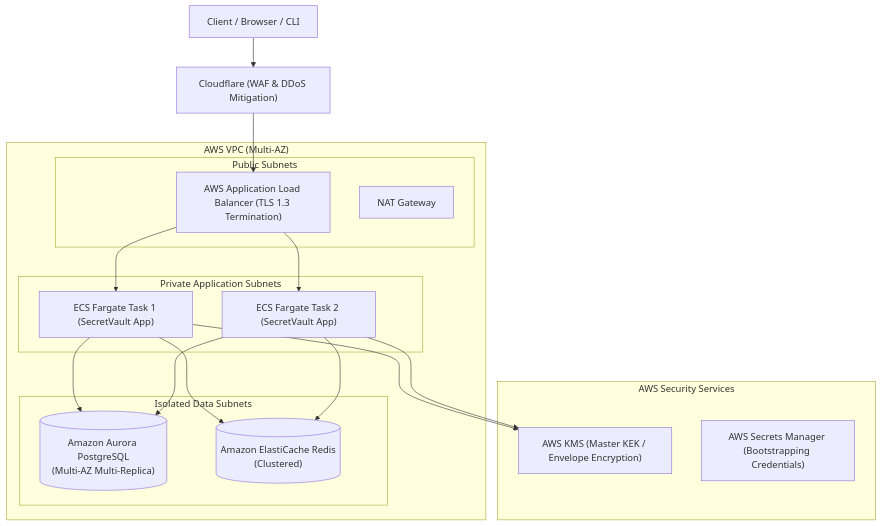
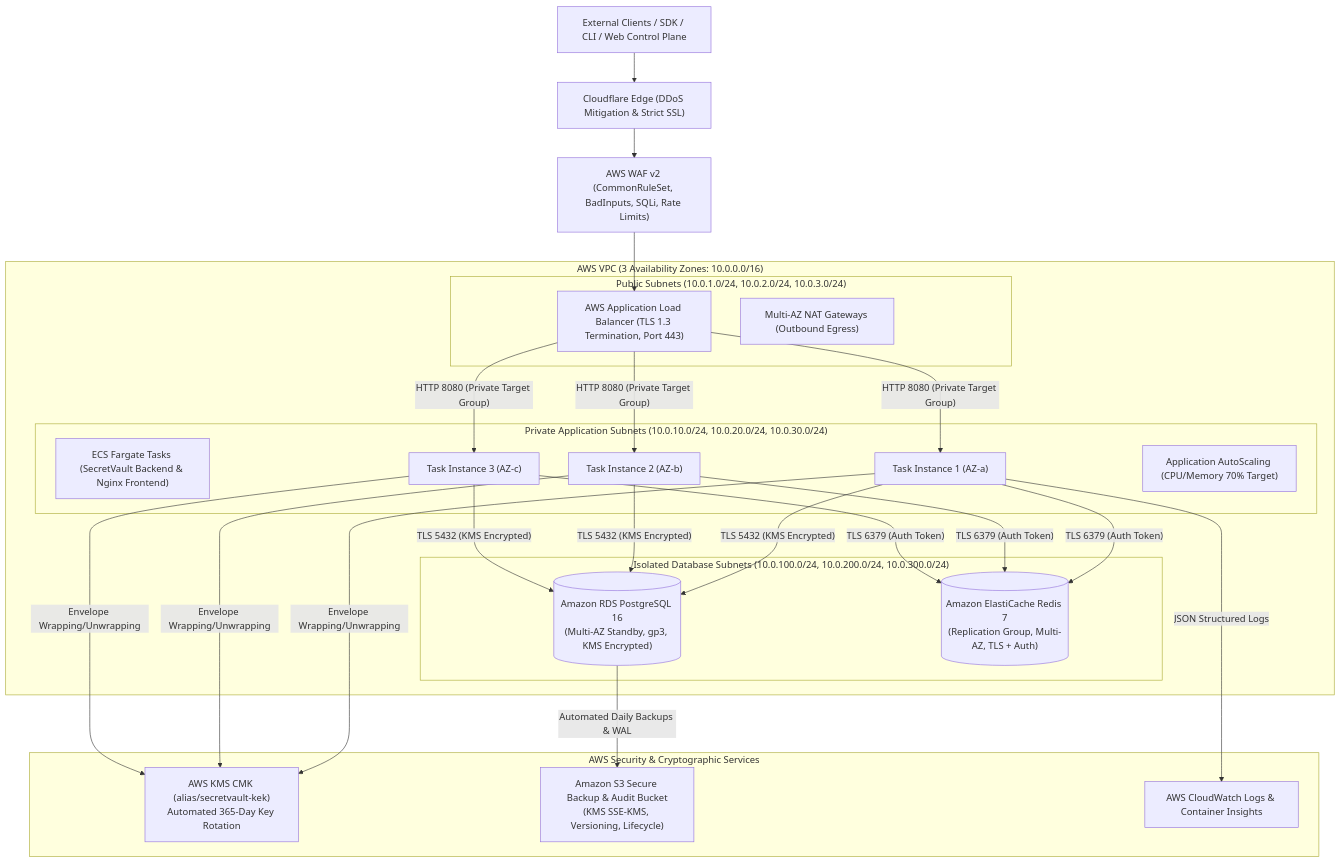
The diagram in docs/DEPLOYMENT.md (Hrushi4151/SecretVault), drawn with Mermaid before and after one commit. The commit also changed other lines of this file and 67 other files, not shown here.

````diff
--- a/docs/DEPLOYMENT.md
+++ b/docs/DEPLOYMENT.md
@@ -22,36 +29,51 @@
 ```mermaid
 graph TB
-    Client["Client / Browser / CLI"] --> Cloudflare["Cloudflare (WAF & DDoS Mitigation)"]
-    Cloudflare --> ALB["AWS Application Load Balancer (TLS 1.3 Termination)"]
+    InternetUsers["External Clients / SDK / CLI / Web Control Plane"] --> CloudflareEdge["Cloudflare Edge (DDoS Mitigation & Strict SSL)"]
+    CloudflareEdge --> AWSWAF["AWS WAF v2 (CommonRuleSet, BadInputs, SQLi, Rate Limits)"]
+    AWSWAF --> ALB["AWS Application Load Balancer (TLS 1.3 Termination, Port 443)"]
     
-    subgraph VPC["AWS VPC (Multi-AZ)"]
-        subgraph PublicSubnet["Public Subnets"]
+    subgraph AWSVPC["AWS VPC (3 Availability Zones: 10.0.0.0/16)"]
+        subgraph PublicSubnets["Public Subnets (10.0.1.0/24, 10.0.2.0/24, 10.0.3.0/24)"]
             ALB
-            NAT["NAT Gateway"]
+            NATGateways["Multi-AZ NAT Gateways (Outbound Egress)"]
         end
 
-        subgraph AppSubnet["Private Application Subnets"]
-            ECS1["ECS Fargate Task 1 (SecretVault App)"]
-            ECS2["ECS Fargate Task 2 (SecretVault App)"]
+        subgraph PrivateAppSubnets["Private Application Subnets (10.0.10.0/24, 10.0.20.0/24, 10.0.30.0/24)"]
+            ECS_Service["ECS Fargate Tasks (SecretVault Backend & Nginx Frontend)"]
+            ECS_Task1["Task Instance 1 (AZ-a)"]
+            ECS_Task2["Task Instance 2 (AZ-b)"]
+            ECS_Task3["Task Instance 3 (AZ-c)"]
+            AutoScaler["Application AutoScaling (CPU/Memory 70% Target)"]
         end
 
-        subgraph DataSubnet["Isolated Data Subnets"]
-            RDS[("Amazon Aurora PostgreSQL\n(Multi-AZ Multi-Replica)")]
-            Redis[("Amazon ElastiCache Redis\n(Clustered)")]
+        subgraph IsolatedDataSubnets["Isolated Database Subnets (10.0.100.0/24, 10.0.200.0/24, 10.0.300.0/24)"]
+            RDSPostgres[("Amazon RDS PostgreSQL 16\n(Multi-AZ Standby, gp3, KMS Encrypted)")]
+            ElastiCacheRedis[("Amazon ElastiCache Redis 7\n(Replication Group, Multi-AZ, TLS + Auth)")]
         end
     end
 
-    subgraph SecurityServices["AWS Security Services"]
-        KMS["AWS KMS (Master KEK / Envelope Encryption)"]
-        SecretsMgr["AWS Secrets Manager (Bootstrapping Credentials)"]
+    subgraph AWSSecurity["AWS Security & Cryptographic Services"]
+        AWSKMS["AWS KMS CMK (alias/secretvault-kek)\nAutomated 365-Day Key Rotation"]
+        S3BackupBucket["Amazon S3 Secure Backup & Audit Bucket\n(KMS SSE-KMS, Versioning, Lifecycle)"]
+        CloudWatchLogs["AWS CloudWatch Logs & Container Insights"]
     end
 
-    ALB --> ECS1
-    ALB --> ECS2
-    ECS1 --> RDS
-    ECS2 --> RDS
-    ECS1 --> Redis
-    ECS2 --> Redis
-    ECS1 --> KMS
-    ECS2 --> KMS
+    ALB -->|"HTTP 8080 (Private Target Group)"| ECS_Task1
+    ALB -->|"HTTP 8080 (Private Target Group)"| ECS_Task2
+    ALB -->|"HTTP 8080 (Private Target Group)"| ECS_Task3
+
+    ECS_Task1 -->|"TLS 5432 (KMS Encrypted)"| RDSPostgres
+    ECS_Task2 -->|"TLS 5432 (KMS Encrypted)"| RDSPostgres
+    ECS_Task3 -->|"TLS 5432 (KMS Encrypted)"| RDSPostgres
+
+    ECS_Task1 -->|"TLS 6379 (Auth Token)"| ElastiCacheRedis
+    ECS_Task2 -->|"TLS 6379 (Auth Token)"| ElastiCacheRedis
+    ECS_Task3 -->|"TLS 6379 (Auth Token)"| ElastiCacheRedis
+
+    ECS_Task1 -->|"Envelope Wrapping/Unwrapping"| AWSKMS
+    ECS_Task2 -->|"Envelope Wrapping/Unwrapping"| AWSKMS
+    ECS_Task3 -->|"Envelope Wrapping/Unwrapping"| AWSKMS
+
+    ECS_Task1 -->|"JSON Structured Logs"| CloudWatchLogs
+    RDSPostgres -->|"Automated Daily Backups & WAL"| S3BackupBucket
 ```
````
